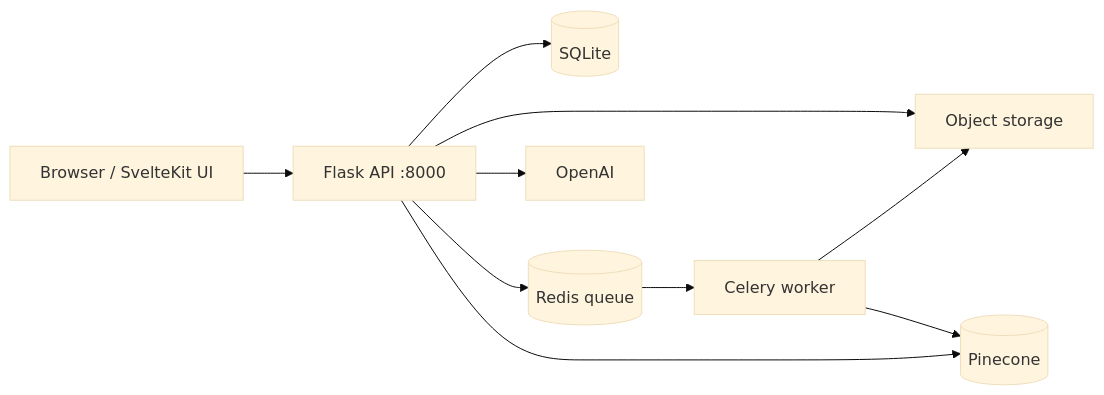
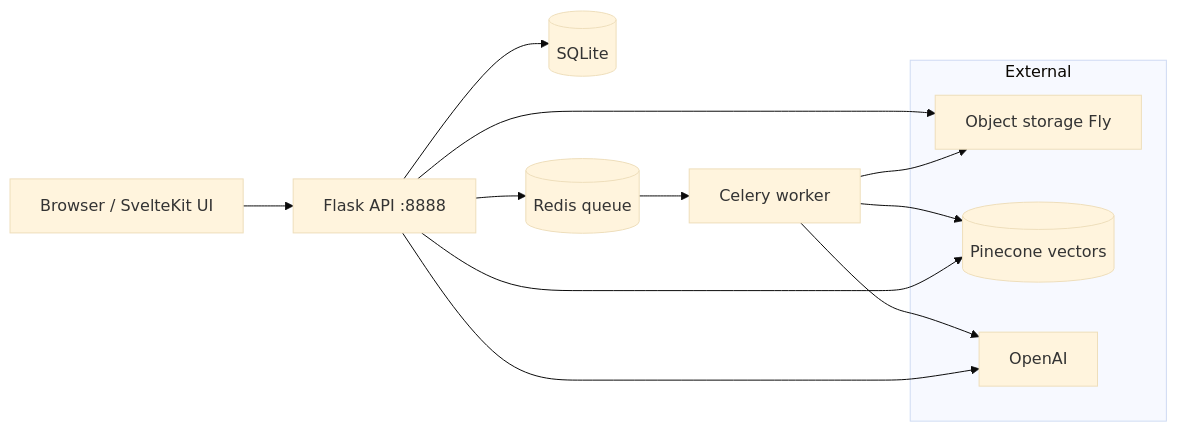
Before and after one commit to SilvesterSpath/pdf-rag-chat: the diagram in README.md, drawn with Mermaid (base theme). The commit also changed other lines of this file and 3 other files, not shown here.

````diff
--- a/README.md
+++ b/README.md
@@ -20,21 +20,26 @@
 ```mermaid
 flowchart LR
   Browser[Browser / SvelteKit UI]
-  Flask[Flask API :8000]
+  Flask[Flask API :8888]
   SQLite[(SQLite)]
   Redis[(Redis queue)]
   Worker[Celery worker]
-  Files[Object storage]
-  Pinecone[(Pinecone)]
-  OpenAI[OpenAI]
+  subgraph External["External"]
+    Files[Object storage Fly]
+    Pinecone[(Pinecone vectors)]
+    OpenAI[OpenAI]
+  end
+
+
 
   Browser --> Flask
   Flask --> SQLite
   Flask --> Files
   Flask --> Redis
   Redis --> Worker
   Worker --> Files
   Worker --> Pinecone
+  Worker --> OpenAI
   Flask --> OpenAI
   Flask --> Pinecone
 ```
````
